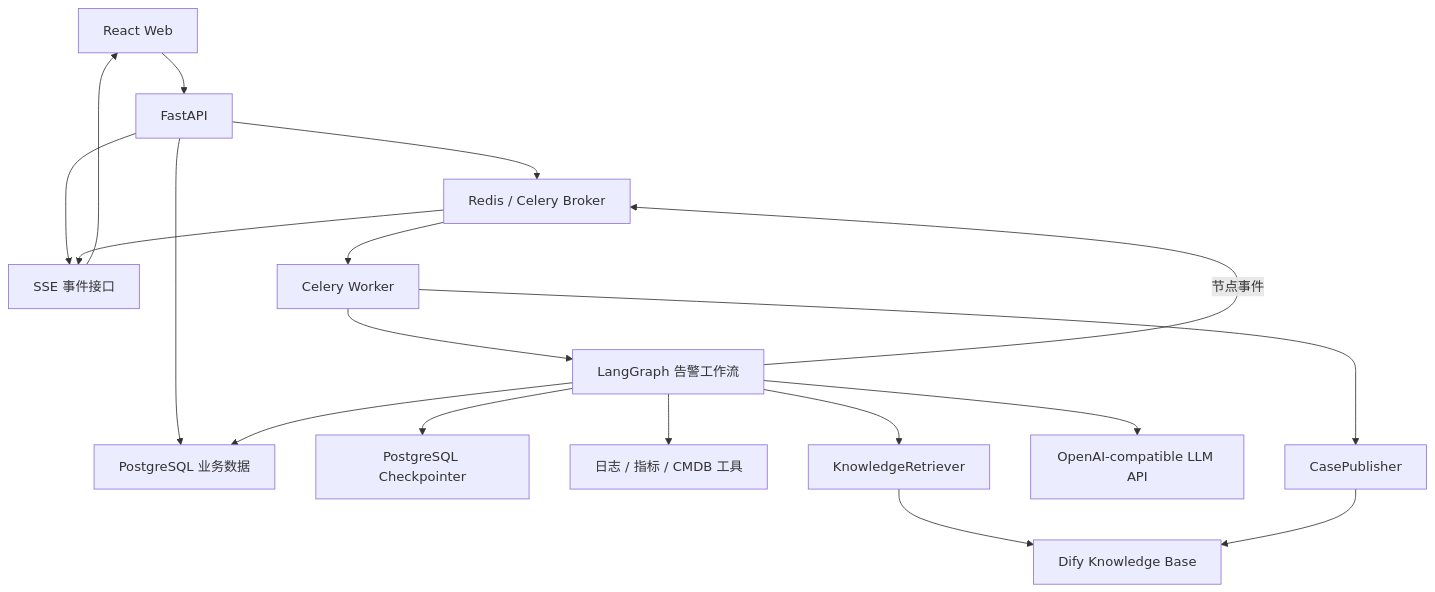
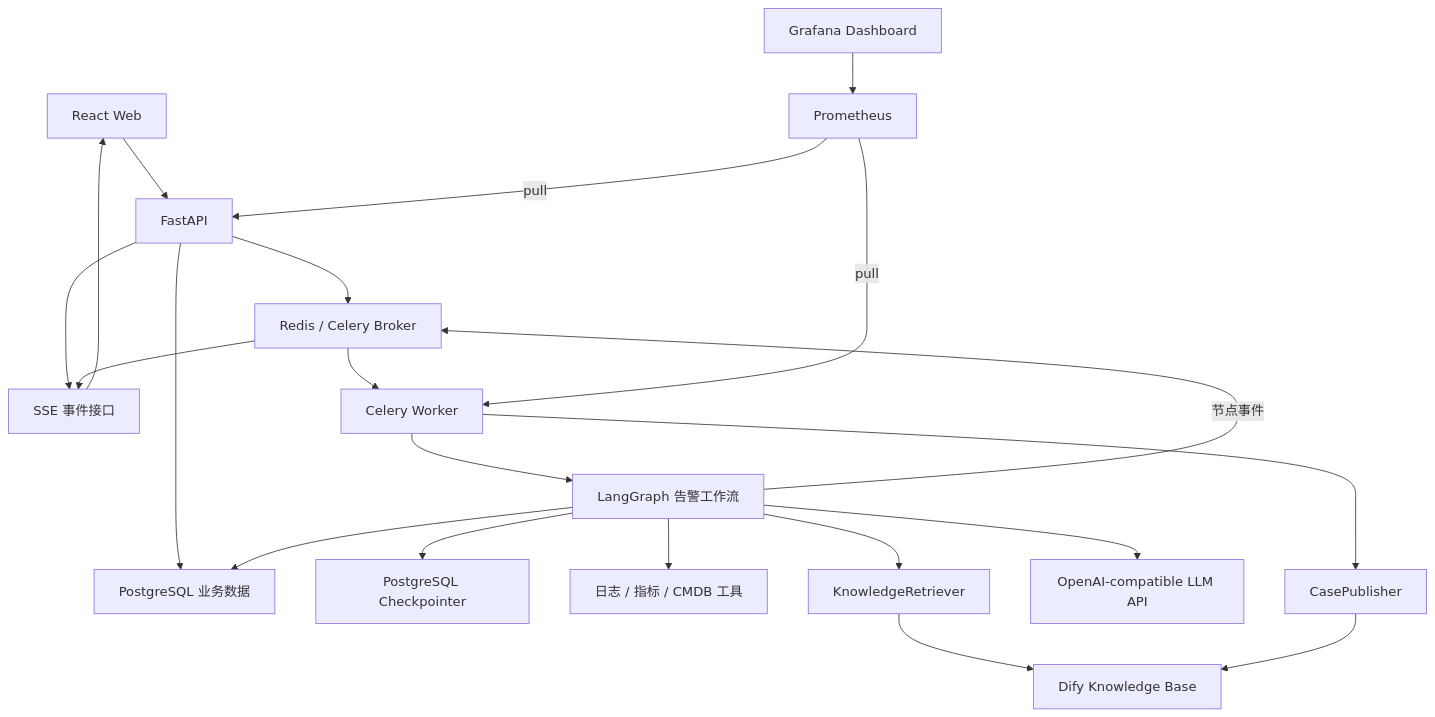
The first of 2 diagrams in docs/02-architecture.md (tsycheese/alert-sage), drawn with Mermaid before and after one commit. The commit also changed other lines of this file and 33 other files, not shown here.

````diff
--- a/docs/02-architecture.md
+++ b/docs/02-architecture.md
@@ -86,23 +92,27 @@
 ```mermaid
 flowchart TB
     WEB["React Web"] --> API["FastAPI"]
     API --> PG["PostgreSQL 业务数据"]
     API --> REDIS["Redis / Celery Broker"]
     API --> SSE["SSE 事件接口"]
 
     REDIS --> WORKER["Celery Worker"]
     WORKER --> GRAPH["LangGraph 告警工作流"]
 
     GRAPH --> CHECKPOINT["PostgreSQL Checkpointer"]
     GRAPH --> TOOLS["日志 / 指标 / CMDB 工具"]
     GRAPH --> RETRIEVER["KnowledgeRetriever"]
     RETRIEVER --> DIFY["Dify Knowledge Base"]
     GRAPH --> LLM["OpenAI-compatible LLM API"]
     GRAPH --> PG
     WORKER --> CASE_PUBLISHER["CasePublisher"]
     CASE_PUBLISHER --> DIFY
 
+    PROM["Prometheus"] -->|pull| API
+    PROM -->|pull| WORKER
+    GRAFANA["Grafana Dashboard"] --> PROM
+
     GRAPH -->|节点事件| REDIS
     REDIS --> SSE
     SSE --> WEB
 ```
````
